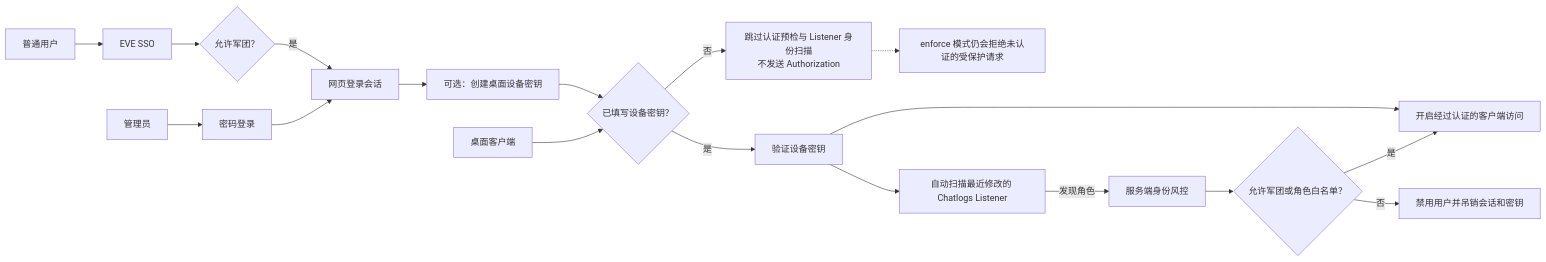
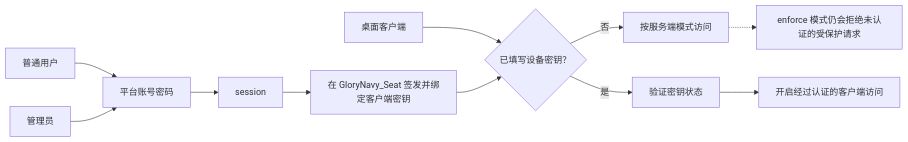
The third of 3 diagrams in README.md (xiaqijun/eve-sentry), drawn with Mermaid before and after one commit. The commit also changed other lines of this file and 90 other files, not shown here.

Commit message:
feat: centralize client auth in GloryNavy Seat

````diff
--- a/README.md
+++ b/README.md
@@ -94,22 +94,14 @@
 ```mermaid
 flowchart LR
-    member["普通用户"] --> sso["EVE SSO"]
-    sso --> corp{"允许军团？"}
-    corp -->|"是"| session["网页登录会话"]
-
-    admin["管理员"] --> password["密码登录"]
+    member["普通用户"] --> password["平台账号密码"]
+    admin["管理员"] --> password
     password --> session
 
-    session --> key["可选：创建桌面设备密钥"]
+    session --> seat["在 GloryNavy_Seat 签发并绑定客户端密钥"]
     client["桌面客户端"] --> configured{"已填写设备密钥？"}
-    configured -->|"否"| anonymous["跳过认证预检与 Listener 身份扫描<br/>不发送 Authorization"]
-    configured -->|"是"| keycheck["验证设备密钥"]
-    key --> configured
+    configured -->|"否"| anonymous["按服务端模式访问"]
+    configured -->|"是"| keycheck["验证密钥状态"]
+    seat --> configured
     keycheck --> access["开启经过认证的客户端访问"]
-    keycheck --> listener["自动扫描最近修改的 Chatlogs Listener"]
-    listener -->|"发现角色"| check["服务端身份风控"]
-    check --> rule{"允许军团或角色白名单？"}
-    rule -->|"是"| access
-    rule -->|"否"| revoke["禁用用户并吊销会话和密钥"]
     anonymous -.-> policy["enforce 模式仍会拒绝未认证的受保护请求"]
 ```
````
